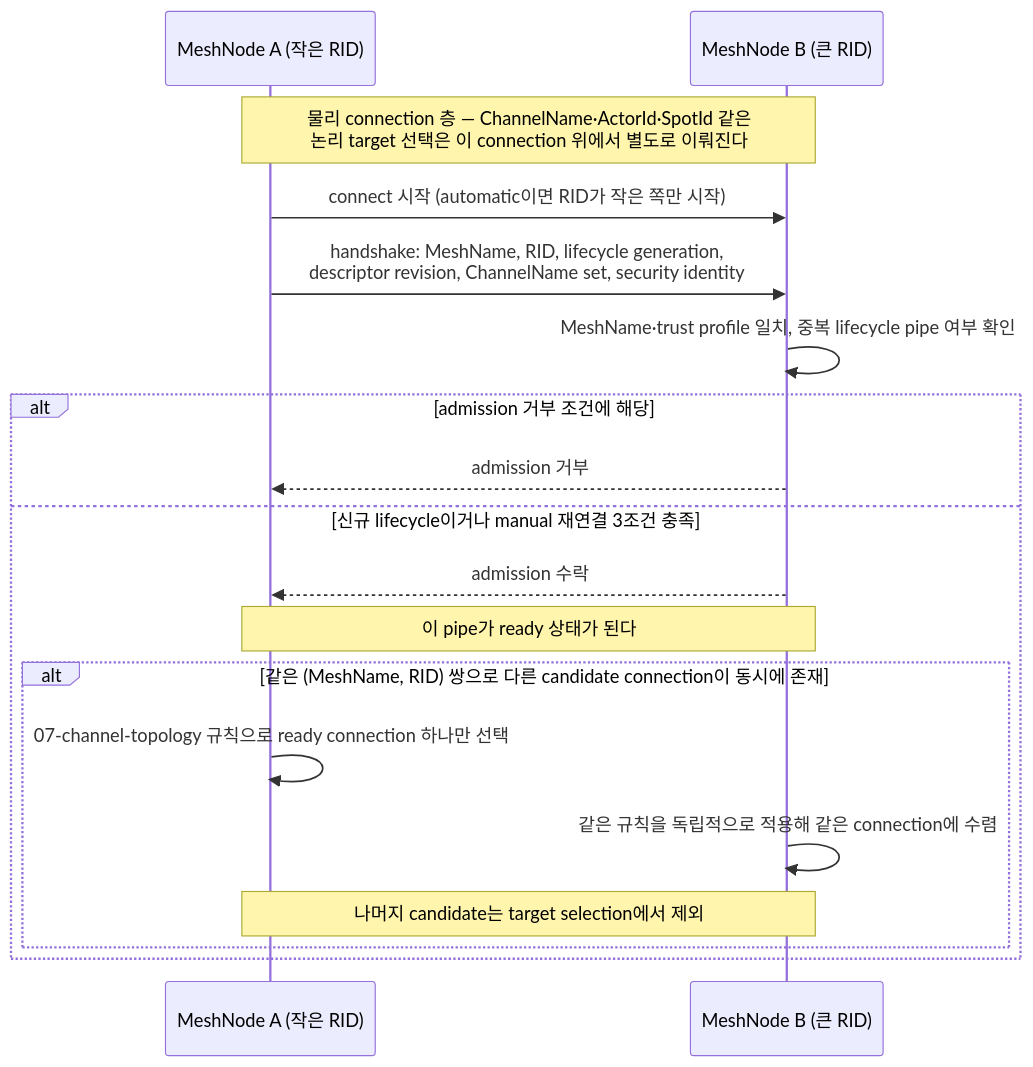
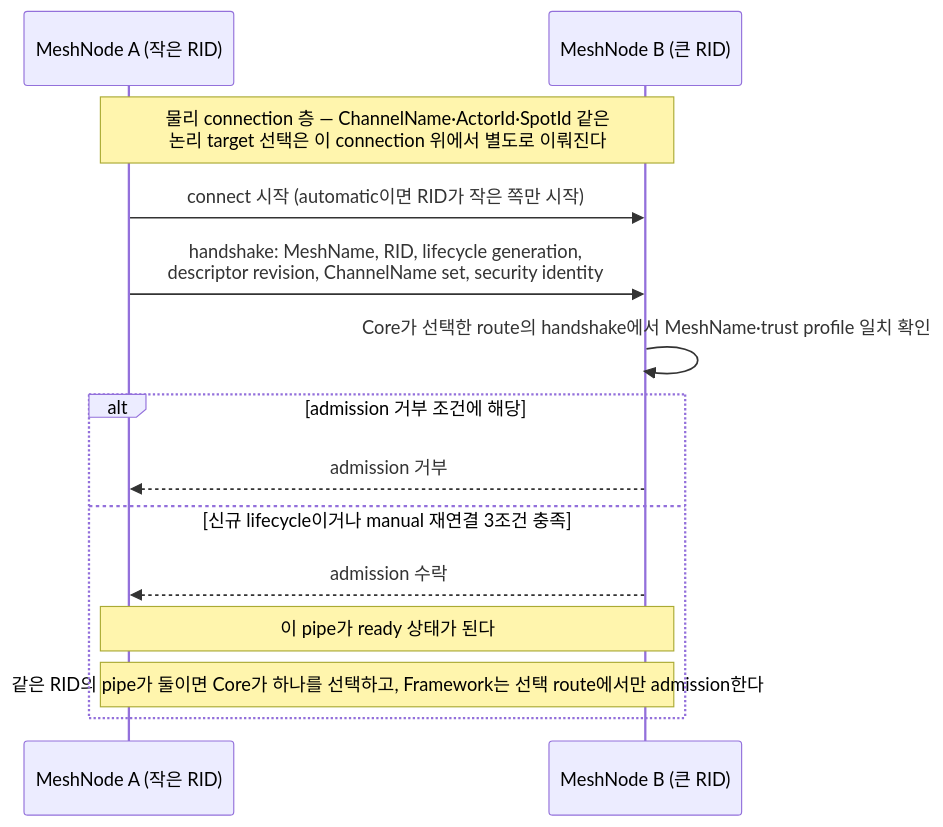
One commit to zlink-systems/zlink changed the diagram in framework/doc/framework/common/spec/server/03-spot-actor/03-mesh-node.ko.md. Above: the diagram before and after it, drawn with Mermaid. The commit also changed other lines of this file and 27 other files, not shown here.

````diff
--- a/framework/doc/framework/common/spec/server/03-spot-actor/03-mesh-node.ko.md
+++ b/framework/doc/framework/common/spec/server/03-spot-actor/03-mesh-node.ko.md
@@ -345,21 +346,17 @@
 ```mermaid
 sequenceDiagram
     participant A as MeshNode A (작은 RID)
     participant B as MeshNode B (큰 RID)
 
     Note over A,B: 물리 connection 층 — ChannelName·ActorId·SpotId 같은<br/>논리 target 선택은 이 connection 위에서 별도로 이뤄진다
     A->>B: connect 시작 (automatic이면 RID가 작은 쪽만 시작)
     A->>B: handshake: MeshName, RID, lifecycle generation,<br/>descriptor revision, ChannelName set, security identity
-    B->>B: MeshName·trust profile 일치, 중복 lifecycle pipe 여부 확인
+    B->>B: Core가 선택한 route의 handshake에서 MeshName·trust profile 일치 확인
     alt admission 거부 조건에 해당
         B-->>A: admission 거부
     else 신규 lifecycle이거나 manual 재연결 3조건 충족
         B-->>A: admission 수락
         Note over A,B: 이 pipe가 ready 상태가 된다
-        alt 같은 (MeshName, RID) 쌍으로 다른 candidate connection이 동시에 존재
-            A->>A: 07-channel-topology 규칙으로 ready connection 하나만 선택
-            B->>B: 같은 규칙을 독립적으로 적용해 같은 connection에 수렴
-            Note over A,B: 나머지 candidate는 target selection에서 제외
-        end
+        Note over A,B: 같은 RID의 pipe가 둘이면 Core가 하나를 선택하고, Framework는 선택 route에서만 admission한다
     end
 ```
````
